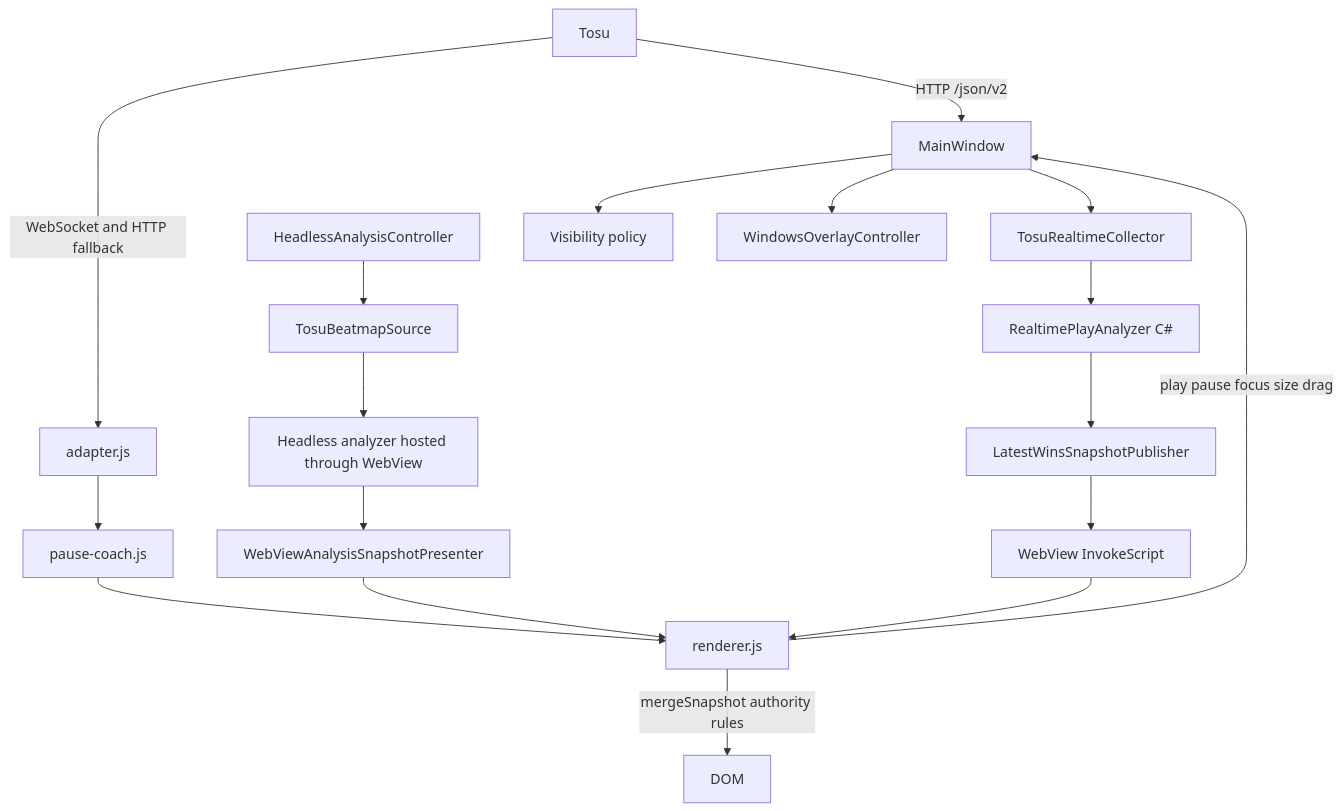
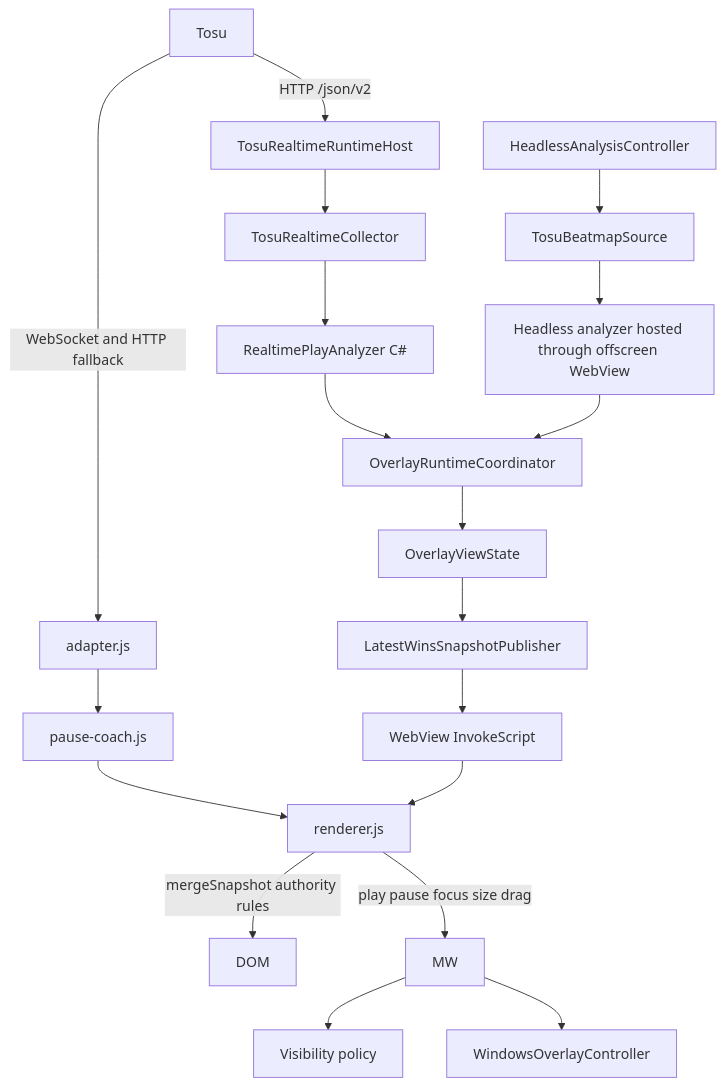
Before and after one commit to rol1t/mania-map-analyzer-overlay: the first of 2 diagrams in docs/ARCHITECTURE.md, drawn with Mermaid. The commit also changed other lines of this file and 89 other files, not shown here.

First line of the commit message:
feat: complete runtime architecture cutover and harden realtime pipeline (2.4.0)

````diff
--- a/docs/ARCHITECTURE.md
+++ b/docs/ARCHITECTURE.md
@@ -56,25 +57,26 @@
 ```mermaid
 flowchart TD
     T[Tosu]
 
-    T -->|HTTP /json/v2| MW[MainWindow]
-    MW --> NC[TosuRealtimeCollector]
+    T -->|HTTP /json/v2| TRH[TosuRealtimeRuntimeHost]
+    TRH --> NC[TosuRealtimeCollector]
     NC --> CA[RealtimePlayAnalyzer C#]
-    CA --> LP[LatestWinsSnapshotPublisher]
+    CA --> ORC[OverlayRuntimeCoordinator]
+    ORC --> OVS[OverlayViewState]
+    OVS --> LP[LatestWinsSnapshotPublisher]
     LP --> WV[WebView InvokeScript]
 
     T -->|WebSocket and HTTP fallback| BA[adapter.js]
     BA --> JP[pause-coach.js]
     JP --> R[renderer.js]
 
     HC[HeadlessAnalysisController] --> TB[TosuBeatmapSource]
-    TB --> HE[Headless analyzer hosted through WebView]
-    HE --> HP[WebViewAnalysisSnapshotPresenter]
-    HP --> R
+    TB --> HE[Headless analyzer hosted through offscreen WebView]
+    HE --> ORC
 
     WV --> R
     R -->|mergeSnapshot authority rules| DOM[DOM]
     R -->|play pause focus size drag| MW
     MW --> VP[Visibility policy]
     MW --> WO[WindowsOverlayController]
 ```
````
